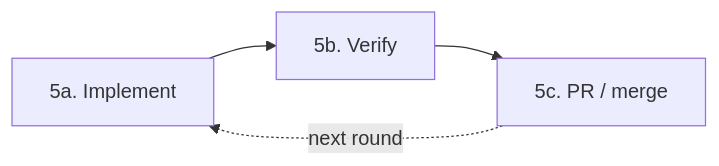
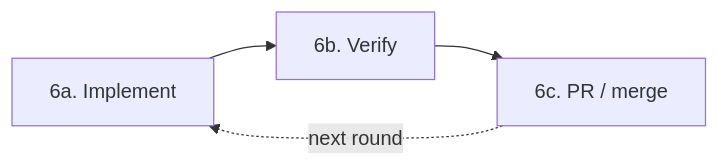
One commit to crestreach/marshal changed the third of 4 diagrams in marshal.md. Above: the diagram before and after it, drawn with Mermaid. The commit also changed other lines of this file, not shown here.

Commit message:
Renumber marshal.md lifecycle: Architecture 3.5→4, shift Plan/Implementation/Rollout/Learn to 5/6/7/8; drop stray section numbers

````diff
--- a/marshal.md
+++ b/marshal.md
@@ -665,6 +665,6 @@
 ```mermaid
 flowchart LR
-    I[5a. Implement] --> V[5b. Verify]
-    V --> P[5c. PR / merge]
+    I[6a. Implement] --> V[6b. Verify]
+    V --> P[6c. PR / merge]
     P -. next round .-> I
 ```
````
